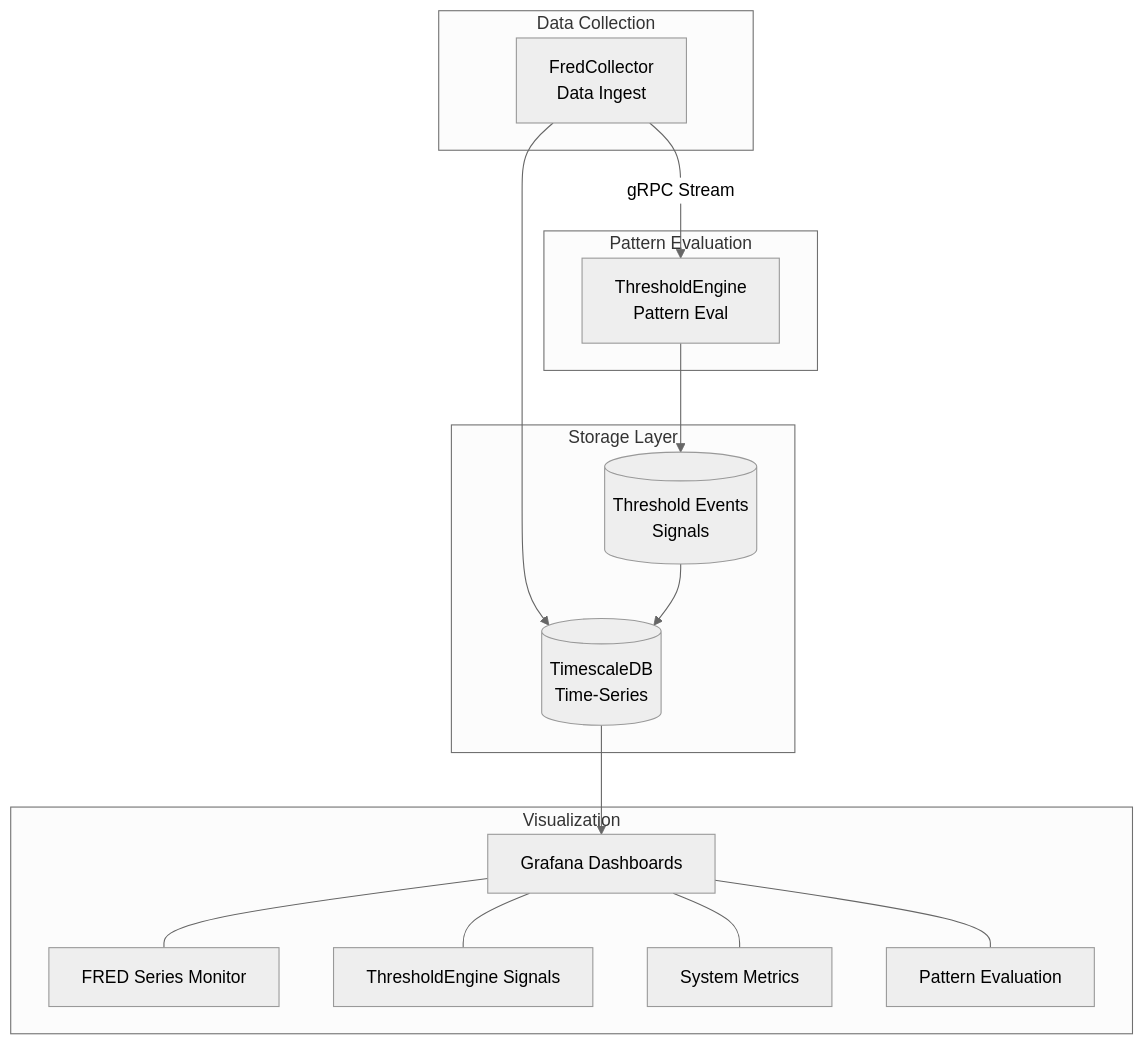
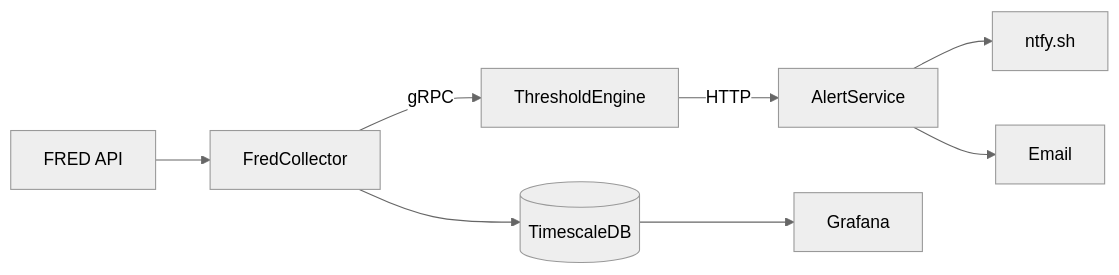
Before and after one commit to jpansarasa/ATLAS-Docs: the diagram in docs/EXECUTIVE-SUMMARY.md, drawn with Mermaid (neutral theme). The commit also changed other lines of this file and 10 other files, not shown here.

````diff
--- a/docs/EXECUTIVE-SUMMARY.md
+++ b/docs/EXECUTIVE-SUMMARY.md
@@ -12,33 +12,10 @@
 ```mermaid
-flowchart TB
-    subgraph Collection["Data Collection"]
-        FC[FredCollector<br/>Data Ingest]
-    end
-
-    subgraph Evaluation["Pattern Evaluation"]
-        TE[ThresholdEngine<br/>Pattern Eval]
-    end
-
-    subgraph Storage["Storage Layer"]
-        DB[(TimescaleDB<br/>Time-Series)]
-        Events[(Threshold Events<br/>Signals)]
-    end
-
-    subgraph Visualization["Visualization"]
-        G[Grafana Dashboards]
-        G1[FRED Series Monitor]
-        G2[ThresholdEngine Signals]
-        G3[System Metrics]
-        G4[Pattern Evaluation]
-    end
-
-    FC -->|gRPC Stream| TE
-    FC --> DB
-    TE --> Events
-    Events --> DB
-    DB --> G
-    G --- G1
-    G --- G2
-    G --- G3
-    G --- G4
+flowchart LR
+    FRED[FRED API] --> FC[FredCollector]
+    FC --> DB[(TimescaleDB)]
+    FC -->|gRPC| TE[ThresholdEngine]
+    TE -->|HTTP| AS[AlertService]
+    AS --> N[ntfy.sh]
+    AS --> E[Email]
+    DB --> G[Grafana]
 ```
````
